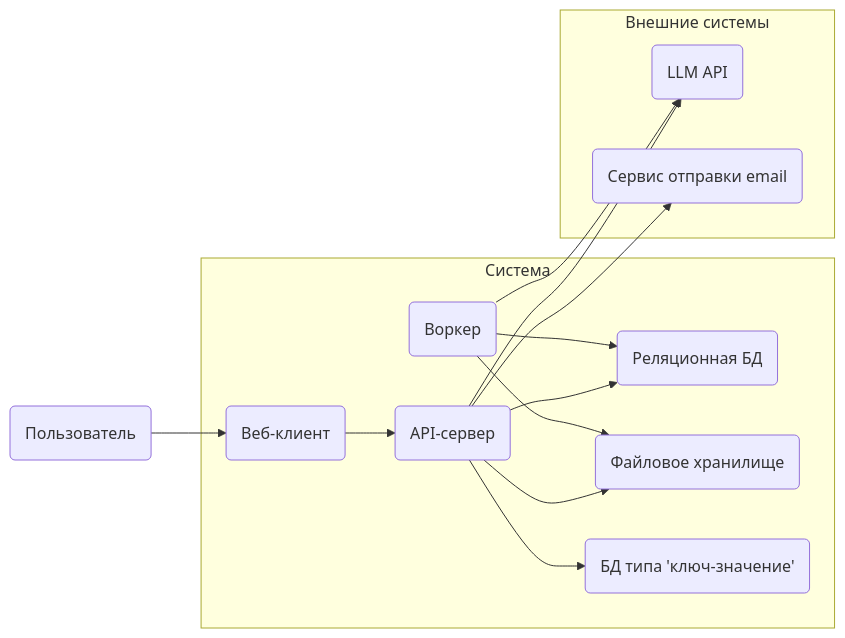
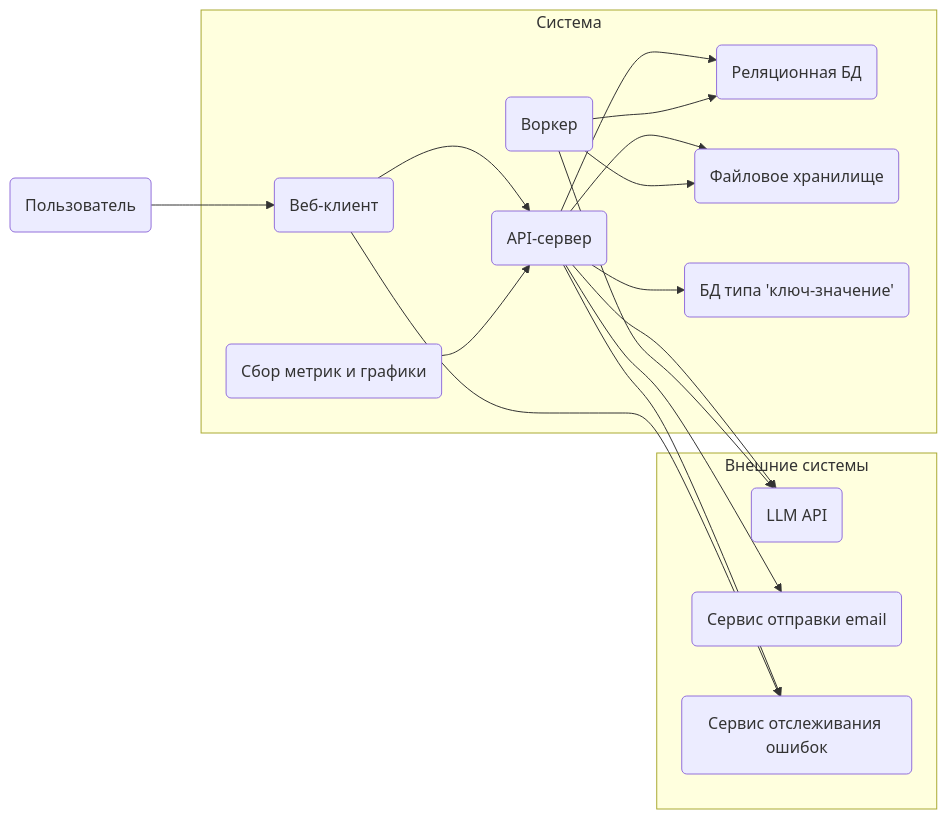
Before and after one commit to Daniil-Solo/Saas-Template: the first of 3 diagrams in backend/docs/architecture/architecture.md, drawn with Mermaid. The commit also changed other lines of this file and 63 other files, not shown here.

````diff
--- a/backend/docs/architecture/architecture.md
+++ b/backend/docs/architecture/architecture.md
@@ -9,34 +9,39 @@
 ```mermaid
 flowchart LR
     user("Пользователь")
 
     subgraph System["Система"]
         frontend("Веб-клиент")
         api("API-сервер")
         worker("Воркер")
         db("Реляционная БД")
         storage("Файловое хранилище")
         cache("БД типа 'ключ-значение'")
+        metrics("Сбор метрик и графики")
     end
     subgraph External["Внешние системы"]
         llm("LLM API")
         email("Сервис отправки email")
+        errors("Сервис отслеживания ошибок")
     end
 
     %% Коммуникации внутри
     frontend --> api
+    metrics --> api
 
     api --> db
     api --> cache
     api --> storage
     worker --> db
     worker --> storage
 
     %% Коммуникации с внешними системами
     api --> email
     api --> llm
     worker --> llm
+    api --> errors
+    frontend --> errors
 
     %% Внешний доступ пользователя
     user --> frontend
 ```
````
